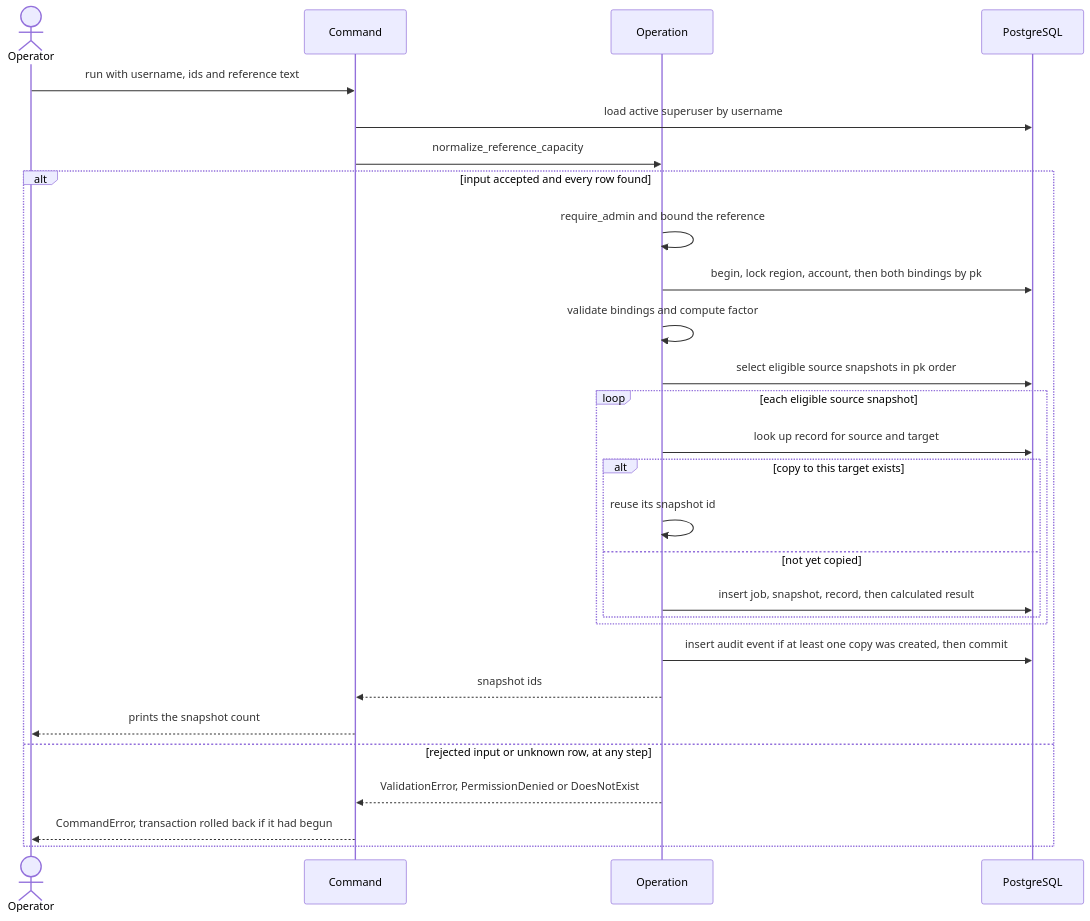
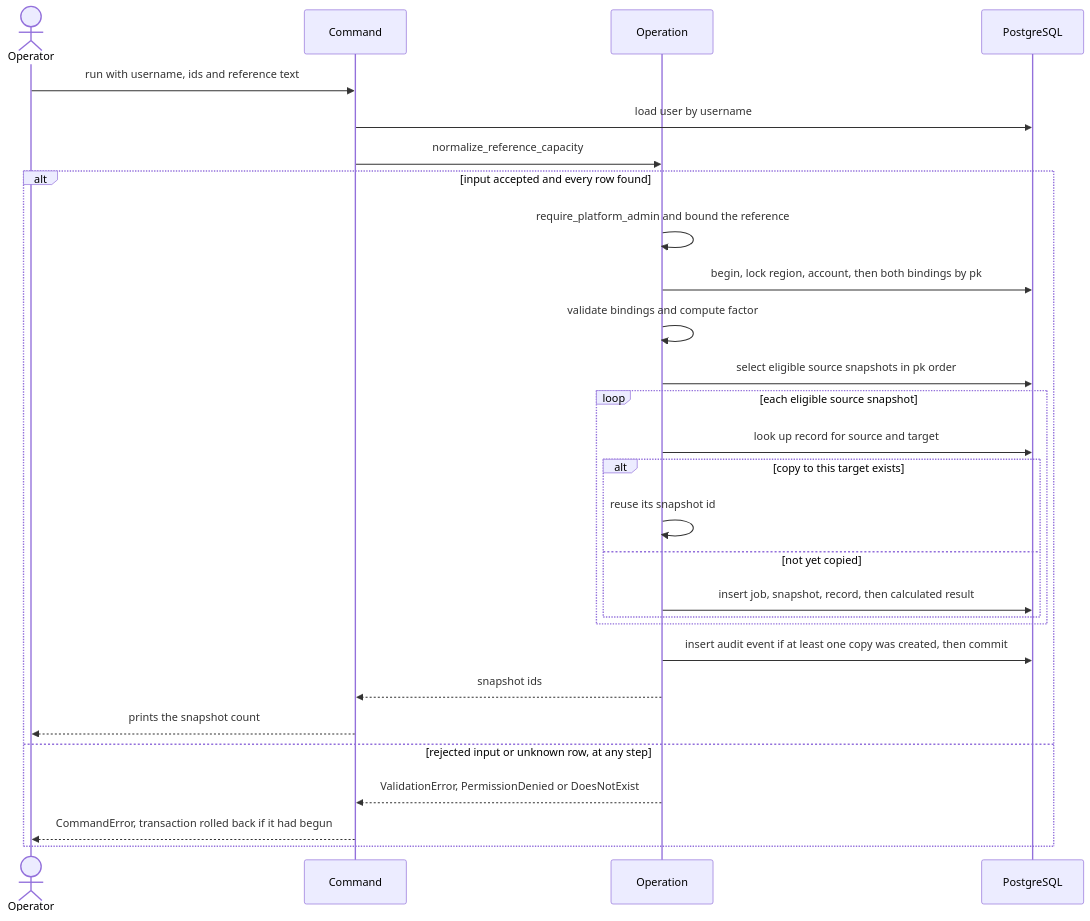
Before and after one commit to erkurtharun/pyracast: the diagram in docs/flows/reference-capacity-normalization.md, drawn with Mermaid. The commit also changed other lines of this file and 6 other files, not shown here.

First line of the commit message:
Bring the forecast collection flow pages in line with the code and add provider snapshot restore

````diff
--- a/docs/flows/reference-capacity-normalization.md
+++ b/docs/flows/reference-capacity-normalization.md
@@ -12,30 +12,30 @@
 ```mermaid
 sequenceDiagram
     actor Op as Operator
     participant Cmd as Command
     participant Svc as Operation
     participant DB as PostgreSQL
     Op->>Cmd: run with username, ids and reference text
-    Cmd->>DB: load active superuser by username
+    Cmd->>DB: load user by username
     Cmd->>Svc: normalize_reference_capacity
     alt input accepted and every row found
-        Svc->>Svc: require_admin and bound the reference
+        Svc->>Svc: require_platform_admin and bound the reference
         Svc->>DB: begin, lock region, account, then both bindings by pk
         Svc->>Svc: validate bindings and compute factor
         Svc->>DB: select eligible source snapshots in pk order
         loop each eligible source snapshot
             Svc->>DB: look up record for source and target
             alt copy to this target exists
                 Svc->>Svc: reuse its snapshot id
             else not yet copied
                 Svc->>DB: insert job, snapshot, record, then calculated result
             end
         end
         Svc->>DB: insert audit event if at least one copy was created, then commit
         Svc-->>Cmd: snapshot ids
         Cmd-->>Op: prints the snapshot count
     else rejected input or unknown row, at any step
         Svc-->>Cmd: ValidationError, PermissionDenied or DoesNotExist
         Cmd-->>Op: CommandError, transaction rolled back if it had begun
     end
 ```
````
